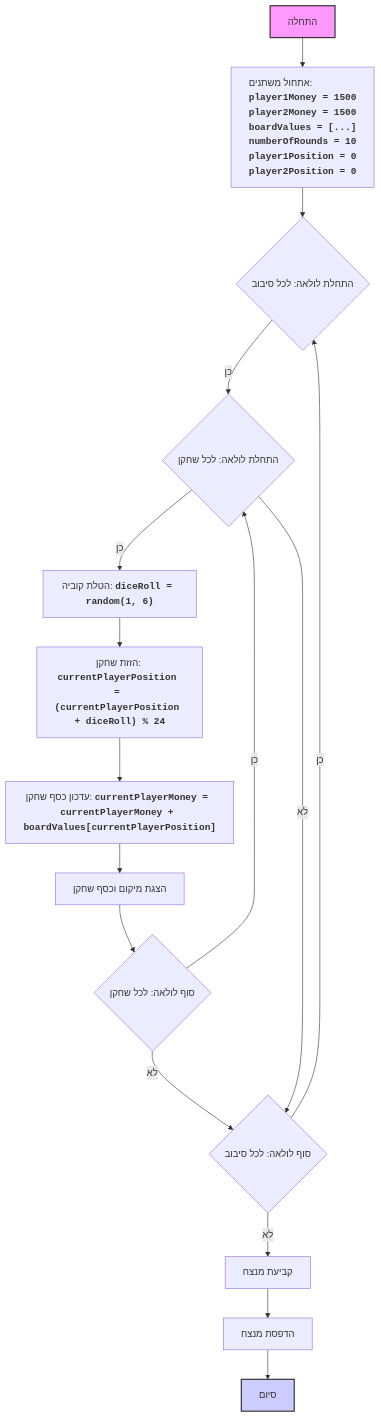
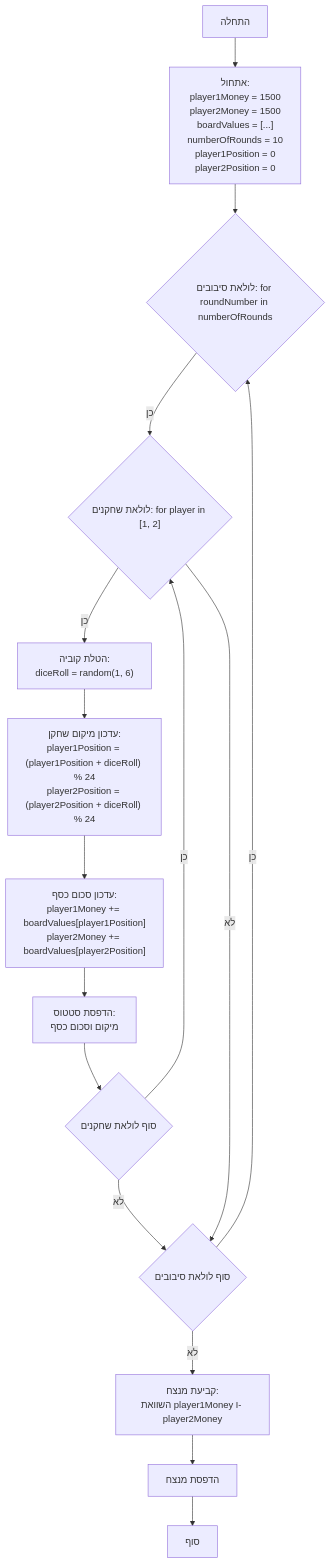
One commit to hypo69/hypo changed the diagram in docs/gemini/he/explainer/src/endpoints/ai_games/101_basic_computer_games/ru/GAMES/MNOPLY/mnoply.py.md. Above: the diagram before and after it, drawn with Mermaid. The commit also changed other lines of this file and 885 other files, not shown here.

````diff
--- a/docs/gemini/he/explainer/src/endpoints/ai_games/101_basic_computer_games/ru/GAMES/MNOPLY/mnoply.py.md
+++ b/docs/gemini/he/explainer/src/endpoints/ai_games/101_basic_computer_games/ru/GAMES/MNOPLY/mnoply.py.md
@@ -37,22 +52,18 @@
 ```mermaid
 flowchart TD
-    Start["התחלה"] --> Initialize["<p align='left'>אתחול משתנים:\n    <code><b>player1Money = 1500<br>player2Money = 1500<br>boardValues = [...]<br>numberOfRounds = 10<br>player1Position = 0<br>player2Position = 0</b></code></p>"]
-    Initialize --> RoundLoopStart{"התחלת לולאה: לכל סיבוב"}
-    RoundLoopStart -- כן --> PlayerLoopStart{"התחלת לולאה: לכל שחקן"}
-    PlayerLoopStart -- כן --> RollDice["הטלת קוביה: <code><b>diceRoll = random(1, 6)</b></code>"]
-    RollDice --> MovePlayer["הזזת שחקן: <code><b>currentPlayerPosition = (currentPlayerPosition + diceRoll) % 24</b></code>"]
-    MovePlayer --> UpdateMoney["עדכון כסף שחקן: <code><b>currentPlayerMoney = currentPlayerMoney + boardValues[currentPlayerPosition]</b></code>"]
-    UpdateMoney --> DisplayStatus["הצגת מיקום וכסף שחקן"]
-    DisplayStatus --> PlayerLoopEnd{"סוף לולאה: לכל שחקן"}
+    Start["התחלה"] --> Initialize["אתחול:<br>player1Money = 1500<br>player2Money = 1500<br>boardValues = [...]<br>numberOfRounds = 10<br>player1Position = 0<br>player2Position = 0"]
+    Initialize --> RoundLoopStart{"לולאת סיבובים: for roundNumber in numberOfRounds"}
+    RoundLoopStart -- כן --> PlayerLoopStart{"לולאת שחקנים: for player in [1, 2]"}
+    PlayerLoopStart -- כן --> RollDice["הטלת קוביה:<br>diceRoll = random(1, 6)"]
+    RollDice --> UpdatePlayerPosition["עדכון מיקום שחקן:<br>player1Position = (player1Position + diceRoll) % 24<br>player2Position = (player2Position + diceRoll) % 24"]
+    UpdatePlayerPosition --> UpdateMoney["עדכון סכום כסף:<br>player1Money += boardValues[player1Position]<br>player2Money += boardValues[player2Position]"]
+    UpdateMoney --> DisplayStatus["הדפסת סטטוס:<br>מיקום וסכום כסף"]
+    DisplayStatus --> PlayerLoopEnd{"סוף לולאת שחקנים"}
     PlayerLoopEnd -- כן --> PlayerLoopStart
-    PlayerLoopEnd -- לא --> RoundLoopEnd{"סוף לולאה: לכל סיבוב"}
+    PlayerLoopEnd -- לא --> RoundLoopEnd{"סוף לולאת סיבובים"}
     RoundLoopEnd -- כן --> RoundLoopStart
-    RoundLoopEnd -- לא --> DetermineWinner["קביעת מנצח"]
+    RoundLoopEnd -- לא --> DetermineWinner["קביעת מנצח:<br>השוואת player1Money ו- player2Money"]
     DetermineWinner --> OutputWinner["הדפסת מנצח"]
-    OutputWinner --> End["סיום"]
+    OutputWinner --> End["סוף"]
     PlayerLoopStart -- לא --> RoundLoopEnd
-
-    style Start fill:#f9f,stroke:#333,stroke-width:2px
-    style End fill:#ccf,stroke:#333,stroke-width:2px
-
 ```
````
